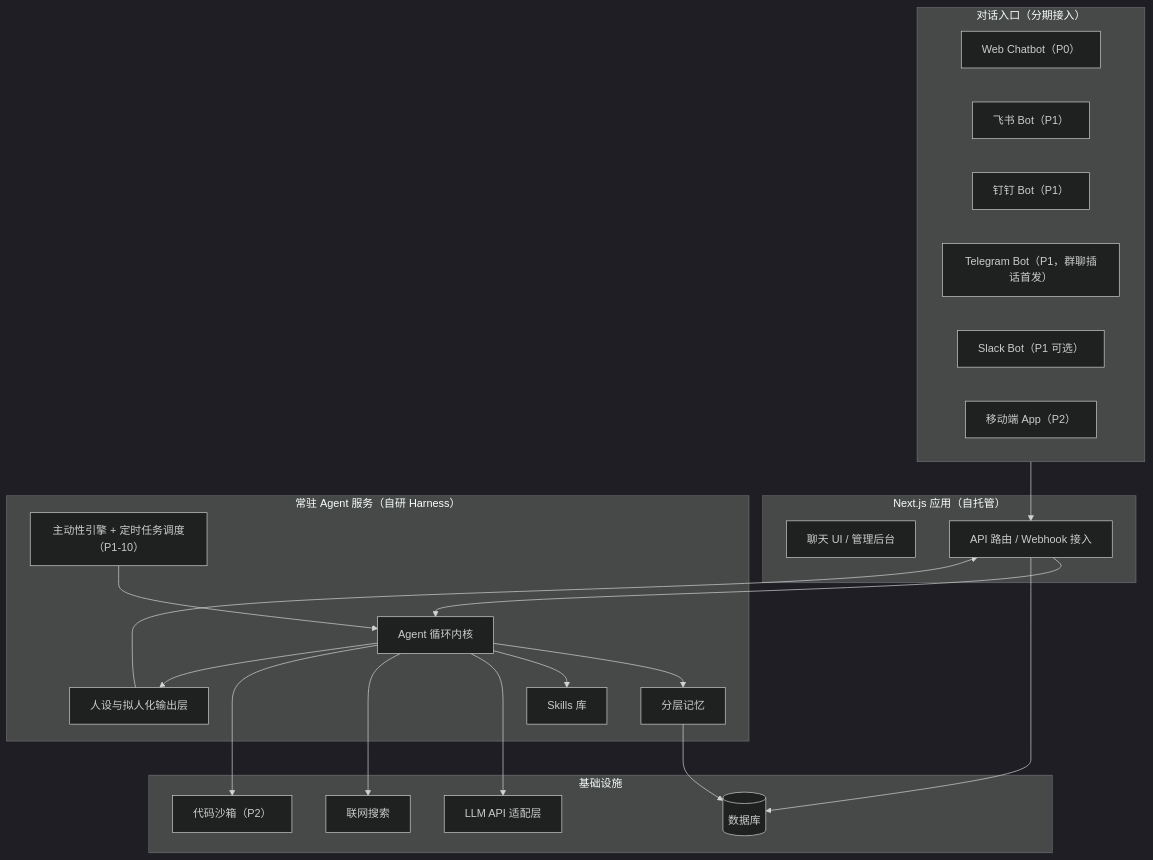
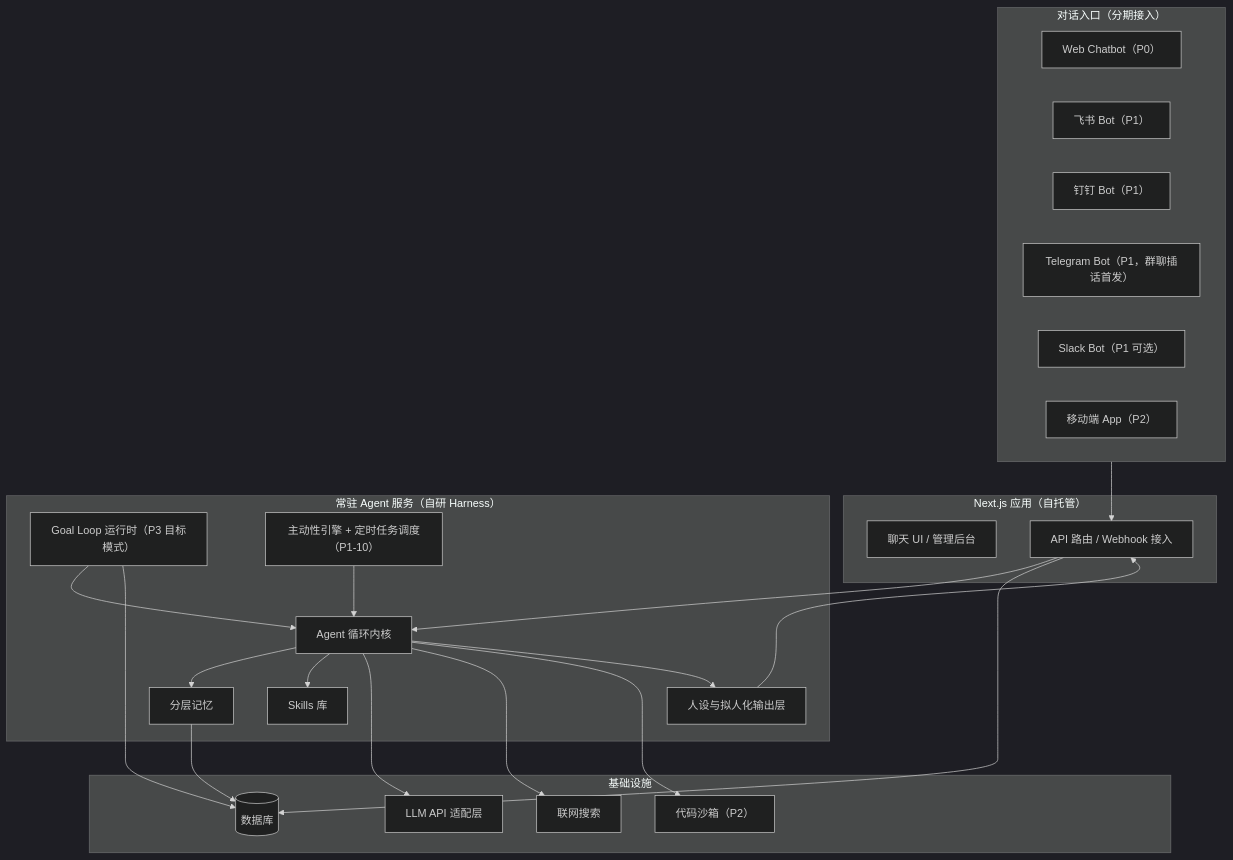
One commit to mlai21/DigitalMate changed the diagram in docs/prd.md. Above: the diagram before and after it, drawn with Mermaid (dark theme). The commit also changed other lines of this file and 60 other files, not shown here.

````diff
--- a/docs/prd.md
+++ b/docs/prd.md
@@ -224,44 +248,47 @@
 ```mermaid
 flowchart TB
     subgraph clients [对话入口（分期接入）]
         webApp["Web Chatbot（P0）"]
         feishu["飞书 Bot（P1）"]
         dingtalk["钉钉 Bot（P1）"]
         tg["Telegram Bot（P1，群聊插话首发）"]
         slack["Slack Bot（P1 可选）"]
         mobile["移动端 App（P2）"]
     end
 
     subgraph nextjs [Next.js 应用（自托管）]
         ui[聊天 UI / 管理后台]
         api[API 路由 / Webhook 接入]
     end
 
     subgraph agentSvc [常驻 Agent 服务（自研 Harness）]
         loop[Agent 循环内核]
+        goalLoop["Goal Loop 运行时（P3 目标模式）"]
         memory[分层记忆]
         skills[Skills 库]
         proactive["主动性引擎 + 定时任务调度（P1-10）"]
         persona[人设与拟人化输出层]
     end
 
     subgraph infra [基础设施]
         db[(数据库)]
         llm[LLM API 适配层]
         search[联网搜索]
         sandbox["代码沙箱（P2）"]
     end
 
     clients --> api
     api --> loop
     loop --> memory
     loop --> skills
     loop --> llm
     loop --> search
     loop --> sandbox
     proactive --> loop
+    goalLoop --> loop
+    goalLoop --> db
     loop --> persona
     persona --> api
     memory --> db
     api --> db
 ```
````
